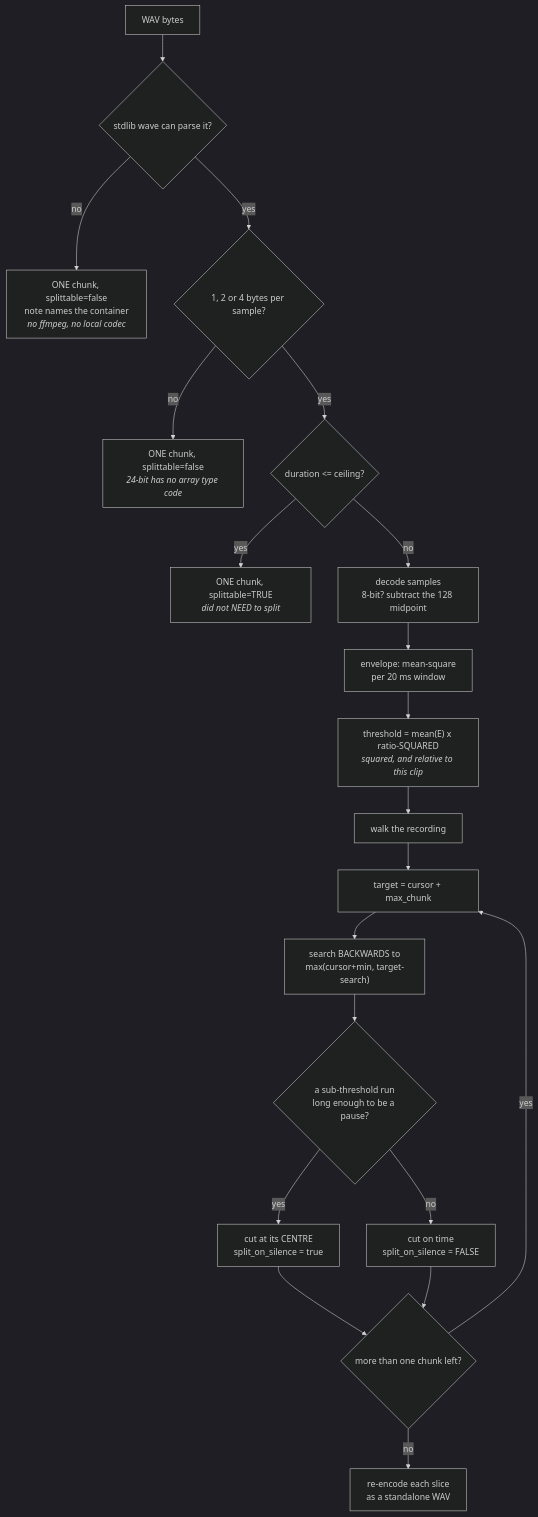
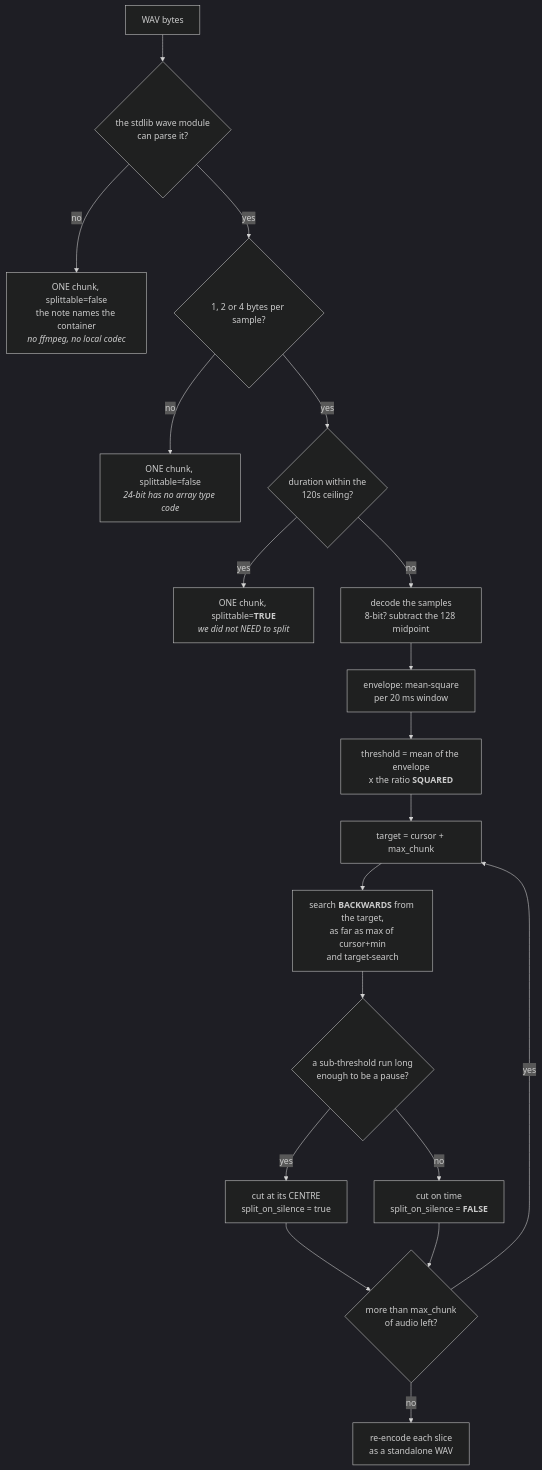
Before and after one commit to yrevash/aegis: the second of 4 diagrams in docs/teaching/voice/40-diagrams.md, drawn with Mermaid (dark theme). The commit also changed other lines of this file and 111 other files, not shown here.

````diff
--- a/docs/teaching/voice/40-diagrams.md
+++ b/docs/teaching/voice/40-diagrams.md
@@ -107,26 +65,25 @@
 ```mermaid
 flowchart TB
-    W["WAV bytes"] --> PARSE{"stdlib wave can parse it?"}
-    PARSE -->|no| WHOLE1["ONE chunk, splittable=false<br/>note names the container<br/><i>no ffmpeg, no local codec</i>"]
+    W["WAV bytes"] --> PARSE{"the stdlib wave module<br/>can parse it?"}
+    PARSE -->|no| WHOLE1["ONE chunk, splittable=false<br/>the note names the container<br/><i>no ffmpeg, no local codec</i>"]
     PARSE -->|yes| FMT{"1, 2 or 4 bytes per sample?"}
     FMT -->|no| WHOLE2["ONE chunk, splittable=false<br/><i>24-bit has no array type code</i>"]
 
-    FMT -->|yes| DUR{"duration <= ceiling?"}
-    DUR -->|yes| WHOLE3["ONE chunk, splittable=TRUE<br/><i>did not NEED to split</i>"]
+    FMT -->|yes| DUR{"duration within the<br/>120s ceiling?"}
+    DUR -->|yes| WHOLE3["ONE chunk, splittable=<b>TRUE</b><br/><i>we did not NEED to split</i>"]
 
-    DUR -->|no| DEC["decode samples<br/>8-bit? subtract the 128 midpoint"]
+    DUR -->|no| DEC["decode the samples<br/>8-bit? subtract the 128 midpoint"]
     DEC --> ENV["envelope: mean-square<br/>per 20 ms window"]
-    ENV --> THR["threshold = mean(E) x ratio-SQUARED<br/><i>squared, and relative to this clip</i>"]
-    THR --> WALK["walk the recording"]
+    ENV --> THR["threshold = mean of the envelope<br/>x the ratio <b>SQUARED</b>"]
+    THR --> TGT["target = cursor + max_chunk"]
 
-    WALK --> TGT["target = cursor + max_chunk"]
-    TGT --> SRCH["search BACKWARDS to<br/>max(cursor+min, target-search)"]
-    SRCH --> RUN{"a sub-threshold run<br/>long enough to be a pause?"}
+    TGT --> SRCH["search <b>BACKWARDS</b> from the target,<br/>as far as max of cursor+min<br/>and target-search"]
+    SRCH --> RUN{"a sub-threshold run long<br/>enough to be a pause?"}
     RUN -->|yes| CUT1["cut at its CENTRE<br/>split_on_silence = true"]
-    RUN -->|no| CUT2["cut on time<br/>split_on_silence = FALSE"]
+    RUN -->|no| CUT2["cut on time<br/>split_on_silence = <b>FALSE</b>"]
 
-    CUT1 --> MORE{"more than one chunk left?"}
+    CUT1 --> MORE{"more than max_chunk<br/>of audio left?"}
     CUT2 --> MORE
     MORE -->|yes| TGT
     MORE -->|no| ENC["re-encode each slice<br/>as a standalone WAV"]
 ```
````
